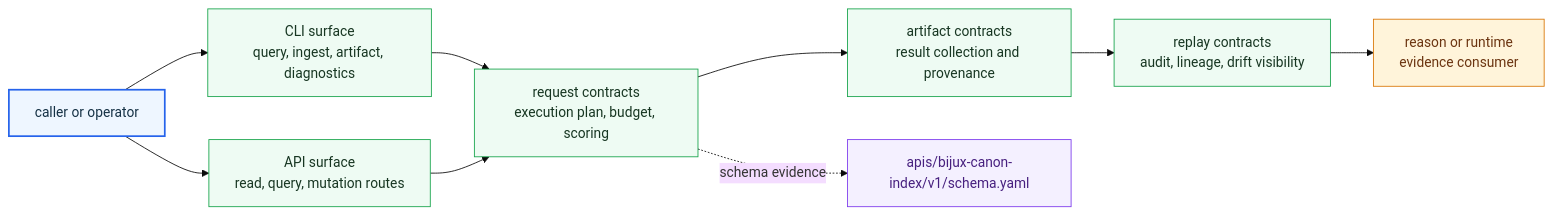
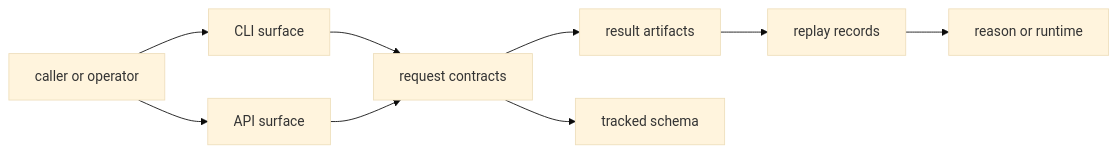
Before and after one commit to bijux/bijux-canon: the diagram in docs/03-bijux-canon-index/interfaces/index.md, drawn with Mermaid (base theme). The commit also changed other lines of this file, not shown here.

Commit message:
docs(index): simplify retrieval contract map

````diff
--- a/docs/03-bijux-canon-index/interfaces/index.md
+++ b/docs/03-bijux-canon-index/interfaces/index.md
@@ -21,24 +21,16 @@
 ```mermaid
 flowchart LR
     caller["caller or operator"]
-    cli["CLI surface<br/>query, ingest, artifact, diagnostics"]
-    api["API surface<br/>read, query, mutation routes"]
-    request["request contracts<br/>execution plan, budget, scoring"]
-    artifact["artifact contracts<br/>result collection and provenance"]
-    replay["replay contracts<br/>audit, lineage, drift visibility"]
-    consumer["reason or runtime<br/>evidence consumer"]
+    cli["CLI surface"]
+    api["API surface"]
+    request["request contracts"]
+    artifact["result artifacts"]
+    replay["replay records"]
+    schema["tracked schema"]
+    consumer["reason or runtime"]
 
     caller --> cli --> request
     caller --> api --> request
     request --> artifact --> replay --> consumer
-    request -. schema evidence .-> schema["apis/bijux-canon-index/v1/schema.yaml"]
-
-    classDef page fill:#eef6ff,stroke:#2563eb,color:#153145,stroke-width:2px;
-    classDef positive fill:#eefbf3,stroke:#16a34a,color:#173622;
-    classDef anchor fill:#f4f0ff,stroke:#7c3aed,color:#47207f;
-    classDef action fill:#fff4da,stroke:#d97706,color:#6b3410;
-    class caller page;
-    class cli,api,request,artifact,replay positive;
-    class schema anchor;
-    class consumer action;
+    request --> schema
 ```
````
